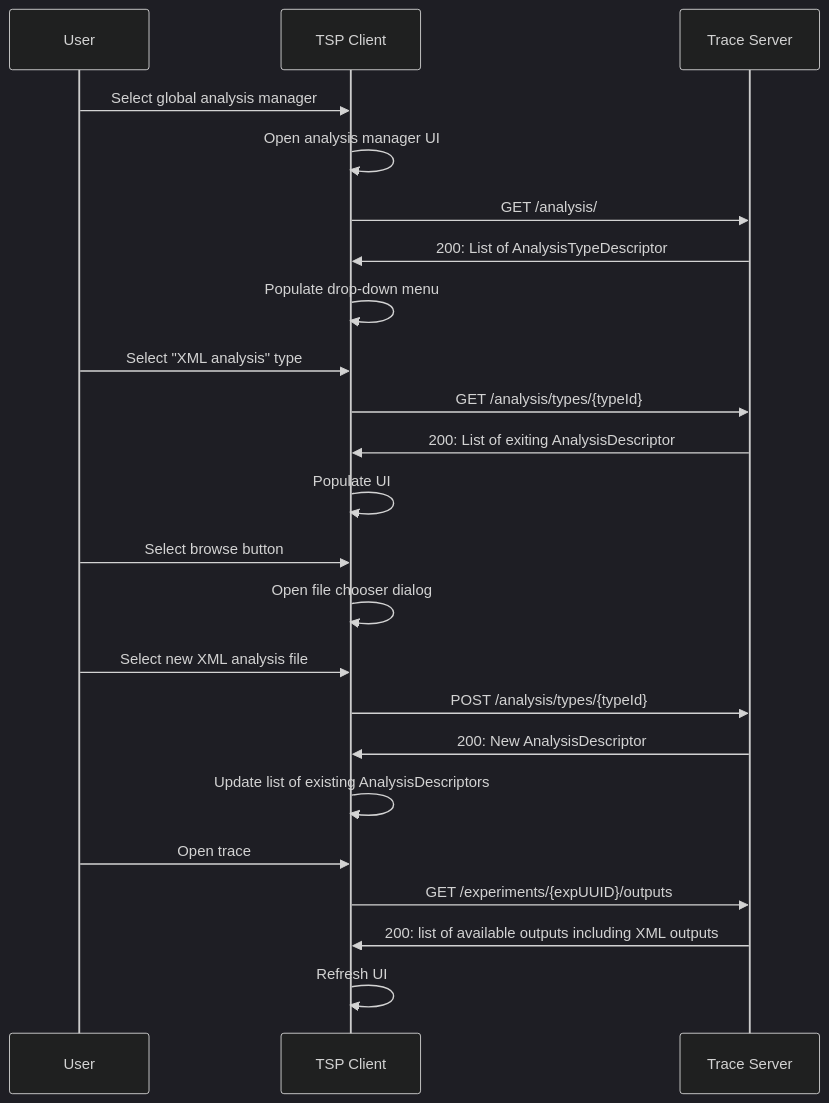
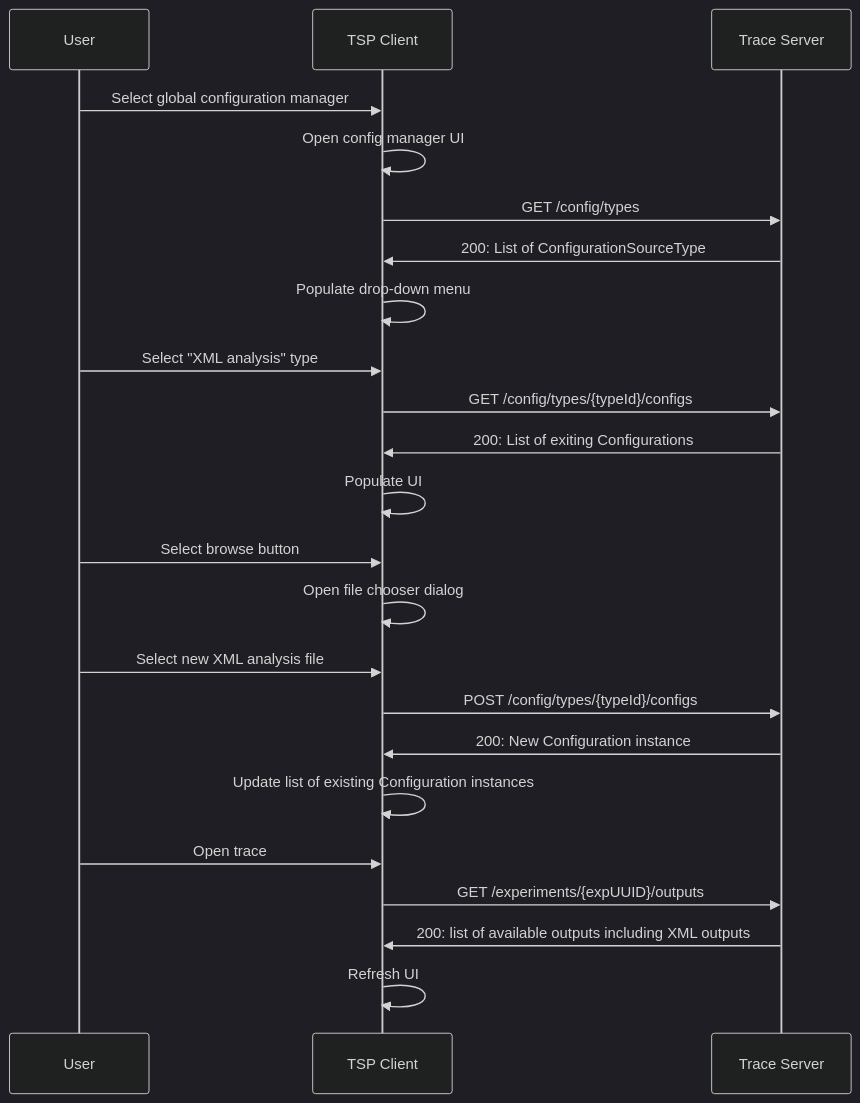
Before and after one commit to eclipse-cdt-cloud/theia-trace-extension: the first of 5 diagrams in doc/adr/0011-tsp-analysis-api.md, drawn with Mermaid (dark theme). The commit also changed other lines of this file, not shown here.

First line of the commit message:
ADR: Generalize analysis-api ADR towards other configurations

````diff
--- a/doc/adr/0011-tsp-analysis-api.md
+++ b/doc/adr/0011-tsp-analysis-api.md
@@ -79,25 +79,25 @@
 ```mermaid
 sequenceDiagram
     participant user as User
     participant client as TSP Client
     participant server as Trace Server
-    user->>client: Select global analysis manager
-    client->>client: Open analysis manager UI
-    client->>server: GET /analysis/
-    server->>client: 200: List of AnalysisTypeDescriptor
+    user->>client: Select global configuration manager
+    client->>client: Open config manager UI
+    client->>server: GET /config/types
+    server->>client: 200: List of ConfigurationSourceType
     client->>client: Populate drop-down menu
     user->>client: Select "XML analysis" type
-    client->>server: GET /analysis/types/{typeId}
-    server->>client: 200: List of exiting AnalysisDescriptor
+    client->>server: GET /config/types/{typeId}/configs
+    server->>client: 200: List of exiting Configurations
     client->>client: Populate UI
     user->>client: Select browse button
     client->>client: Open file chooser dialog
     user->>client: Select new XML analysis file
-    client->>server: POST /analysis/types/{typeId}
-    server->>client: 200: New AnalysisDescriptor
-    client->>client: Update list of existing AnalysisDescriptors
+    client->>server: POST /config/types/{typeId}/configs
+    server->>client: 200: New Configuration instance
+    client->>client: Update list of existing Configuration instances
     user->>client: Open trace
     client->>server: GET /experiments/{expUUID}/outputs
     server->>client: 200: list of available outputs including XML outputs
     client->>client: Refresh UI
 ```
````
